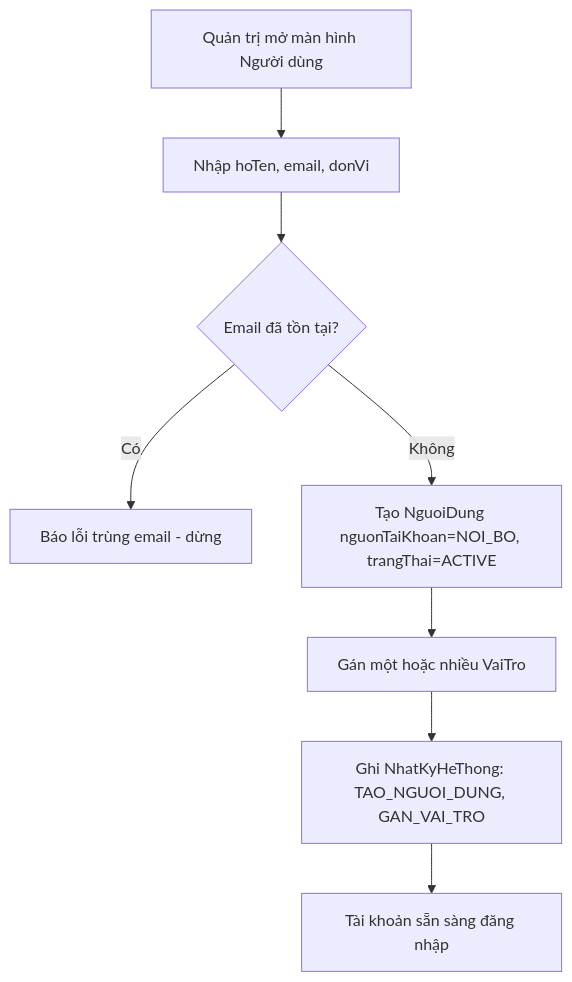
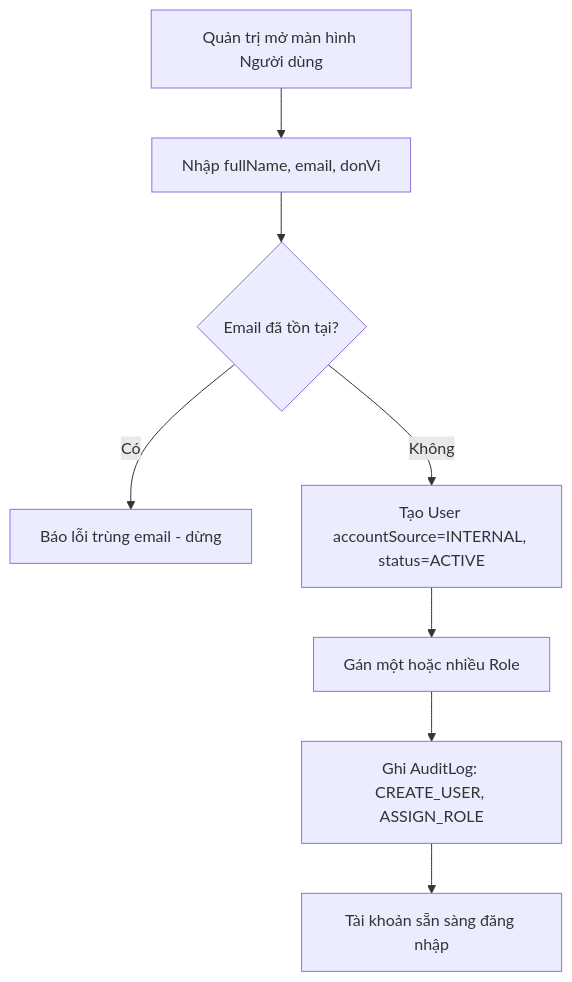
Before and after one commit to PTZero2026/rms-docs: the first of 4 diagrams in docs/features/B03-quan-ly-nguoi-dung/spec.md, drawn with Mermaid. The commit also changed other lines of this file and 44 other files, not shown here.

Commit message:
docs: update project roadmap, architecture decisions, and comprehensive documentation for core features and testing plans

````diff
--- a/docs/features/B03-quan-ly-nguoi-dung/spec.md
+++ b/docs/features/B03-quan-ly-nguoi-dung/spec.md
@@ -55,10 +55,10 @@
 ```mermaid
 flowchart TD
-    A[Quản trị mở màn hình Người dùng] --> B[Nhập hoTen, email, donVi]
+    A[Quản trị mở màn hình Người dùng] --> B[Nhập fullName, email, donVi]
     B --> C{Email đã tồn tại?}
     C -->|Có| C1[Báo lỗi trùng email - dừng]
-    C -->|Không| D[Tạo NguoiDung nguonTaiKhoan=NOI_BO, trangThai=ACTIVE]
-    D --> E[Gán một hoặc nhiều VaiTro]
-    E --> F[Ghi NhatKyHeThong: TAO_NGUOI_DUNG, GAN_VAI_TRO]
+    C -->|Không| D[Tạo User accountSource=INTERNAL, status=ACTIVE]
+    D --> E[Gán một hoặc nhiều Role]
+    E --> F[Ghi AuditLog: CREATE_USER, ASSIGN_ROLE]
     F --> G[Tài khoản sẵn sàng đăng nhập]
 ```
````
